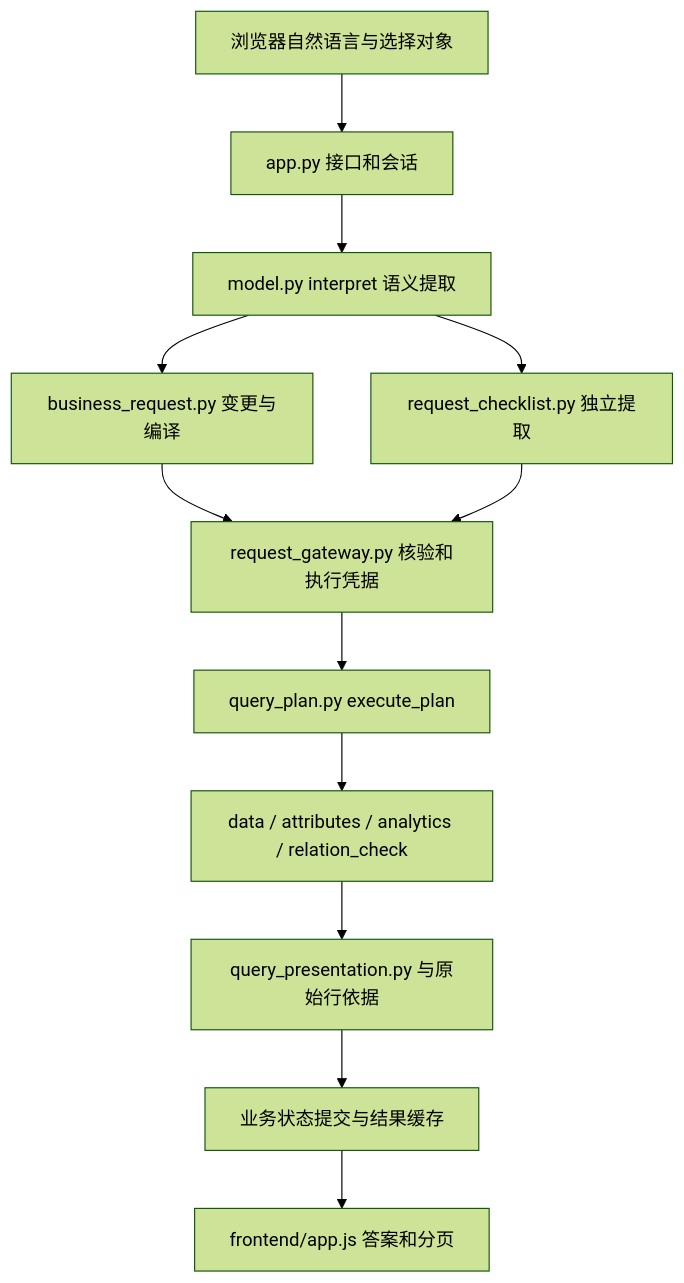
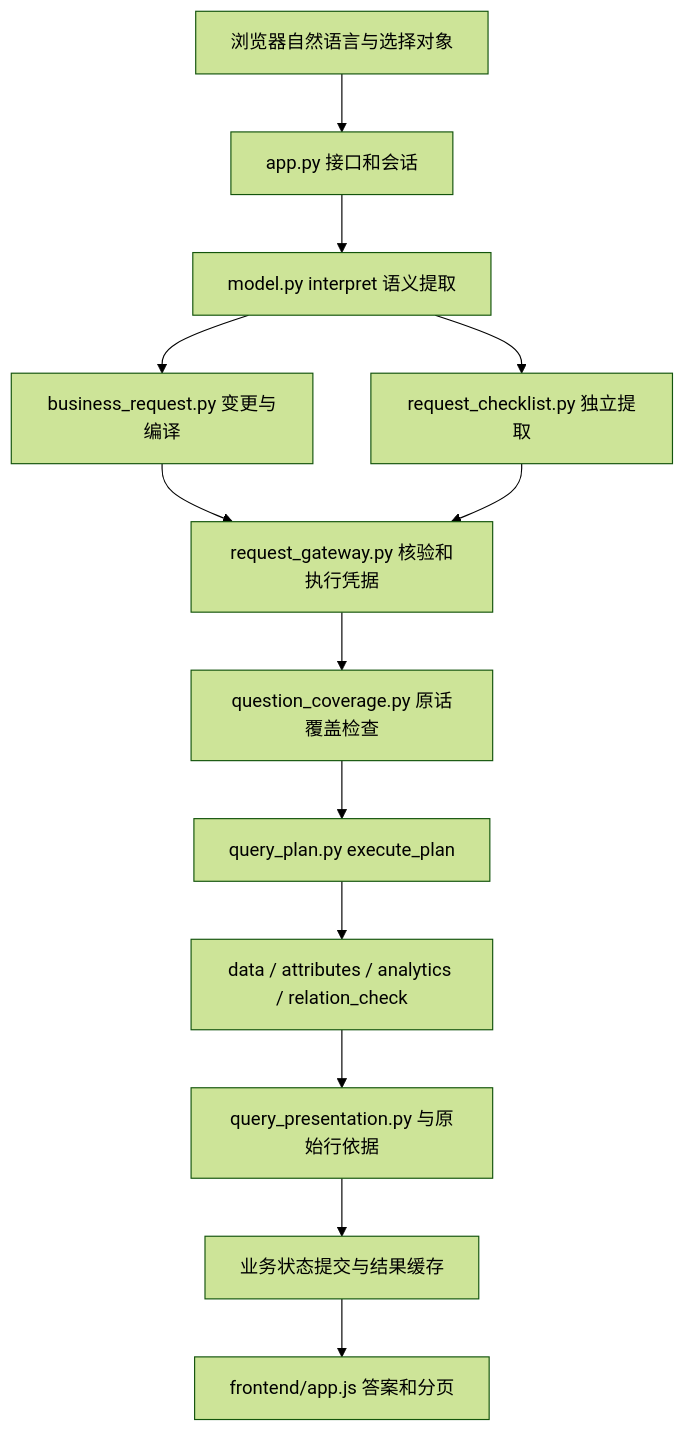
The first of 2 diagrams in docs/03-架构设计/代码阅读指南.md (xiongyiguang/iccm-query-poc), drawn with Mermaid (forest theme) before and after one commit. The commit also changed other lines of this file and 30 other files, not shown here.

Commit message:
fix: enforce raw question coverage before ordinary query execution

````diff
--- a/docs/03-架构设计/代码阅读指南.md
+++ b/docs/03-架构设计/代码阅读指南.md
@@ -11,14 +13,15 @@
 ```mermaid
 flowchart TD
  U[浏览器自然语言与选择对象] --> A[app.py 接口和会话]
  A --> M[model.py interpret 语义提取]
  M --> B[business_request.py 变更与编译]
  M --> C[request_checklist.py 独立提取]
  B --> G[request_gateway.py 核验和执行凭据]
  C --> G
- G --> Q[query_plan.py execute_plan]
+ G --> R[question_coverage.py 原话覆盖检查]
+ R --> Q[query_plan.py execute_plan]
  Q --> D[data / attributes / analytics / relation_check]
  D --> P[query_presentation.py 与原始行依据]
  P --> S[业务状态提交与结果缓存]
  S --> F[frontend/app.js 答案和分页]
 ```
````
